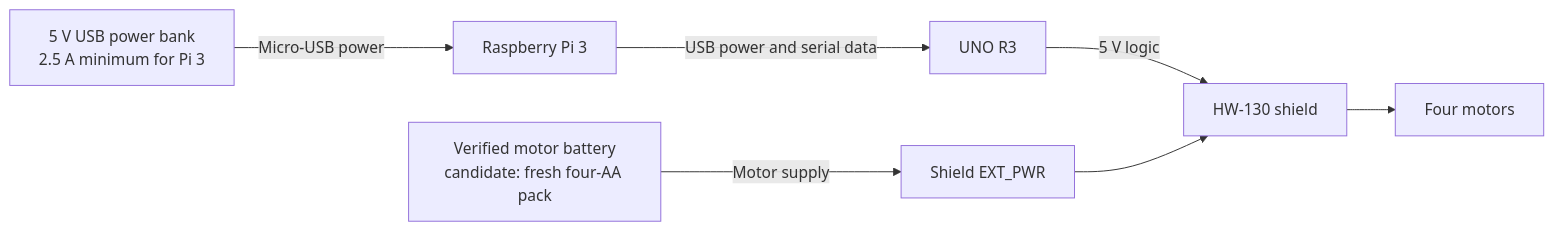
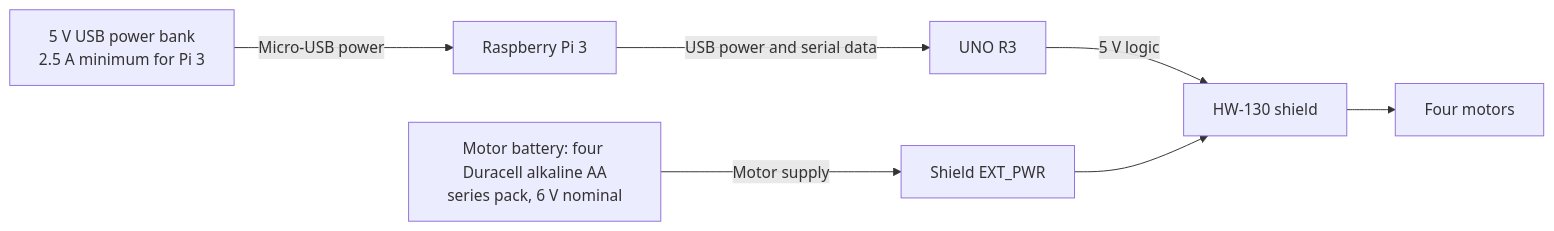
Before and after one commit to SoheilSamadi-dev/RobotCar-EdgeAI: the second of 3 diagrams in docs/ARCHITECTURE.md, drawn with Mermaid. The commit also changed other lines of this file and 21 other files, not shown here.

````diff
--- a/docs/ARCHITECTURE.md
+++ b/docs/ARCHITECTURE.md
@@ -43,9 +43,9 @@
 ```mermaid
 flowchart LR
     BANK[5 V USB power bank<br/>2.5 A minimum for Pi 3] -->|Micro-USB power| PI[Raspberry Pi 3]
     PI -->|USB power and serial data| UNO[UNO R3]
-    MOTORBAT[Verified motor battery<br/>candidate: fresh four-AA pack] -->|Motor supply| EXT[Shield EXT_PWR]
+    MOTORBAT[Motor battery: four Duracell alkaline AA<br/>series pack, 6 V nominal] -->|Motor supply| EXT[Shield EXT_PWR]
     UNO -->|5 V logic| SHIELD[HW-130 shield]
     EXT --> SHIELD
     SHIELD --> MOTORS[Four motors]
 ```
````
